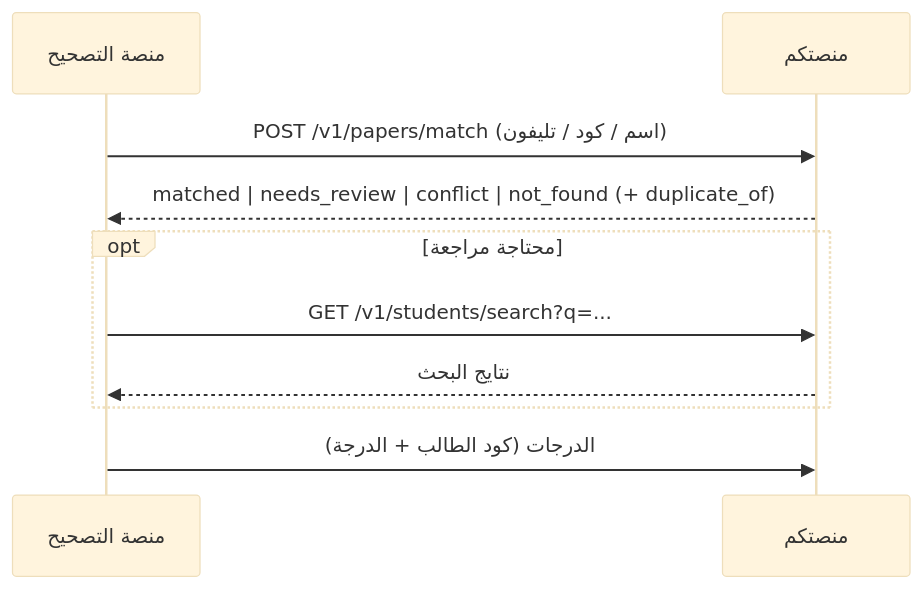
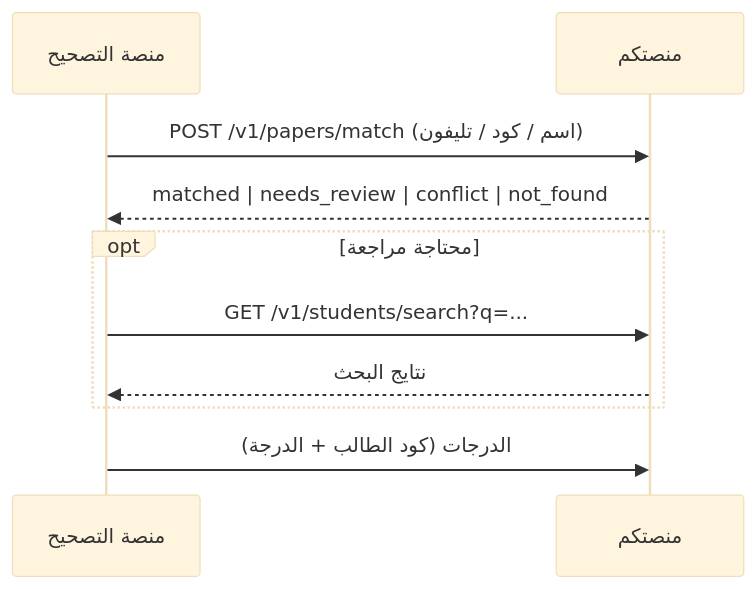
The diagram in README.md (OMARg404/student-matching-), drawn with Mermaid (base theme) before and after one commit. The commit also changed other lines of this file and 7 other files, not shown here.

````diff
--- a/README.md
+++ b/README.md
@@ -14,12 +14,12 @@
 ```mermaid
 sequenceDiagram
     participant G as منصة التصحيح
     participant A as منصتكم
     G->>A: POST /v1/papers/match (اسم / كود / تليفون)
-    A-->>G: matched | needs_review | conflict | not_found (+ duplicate_of)
+    A-->>G: matched | needs_review | conflict | not_found
     opt محتاجة مراجعة
         G->>A: GET /v1/students/search?q=...
         A-->>G: نتايج البحث
     end
     G->>A: الدرجات (كود الطالب + الدرجة)
 ```
````
